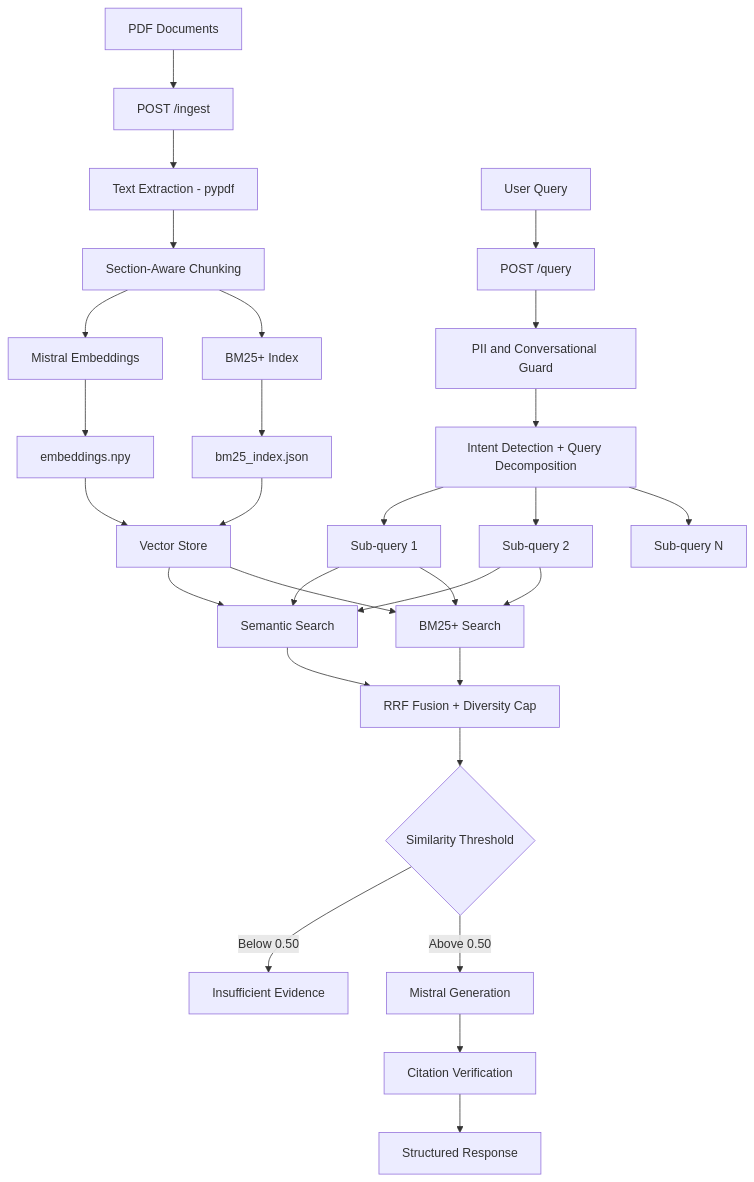
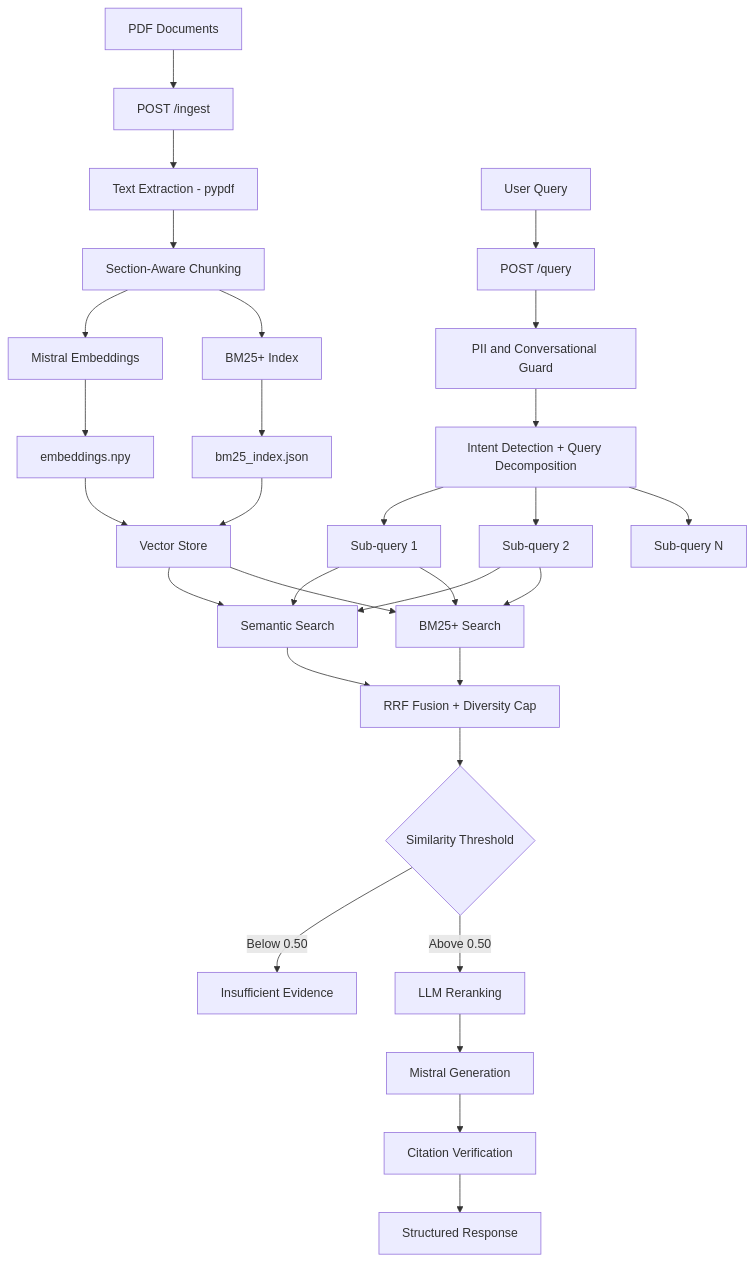
Before and after one commit to rohit-iipeml/insurance-rag: the first of 2 diagrams in README.md, drawn with Mermaid. The commit also changed other lines of this file, not shown here.

Commit message:
docs: fix component list, add streaming endpoint, reranking, scalability, multi-tenancy, latency sections

````diff
--- a/README.md
+++ b/README.md
@@ -9,31 +9,32 @@
 ```mermaid
 graph TD
     A[PDF Documents] --> B[POST /ingest]
     B --> C[Text Extraction - pypdf]
     C --> D[Section-Aware Chunking]
     D --> E[Mistral Embeddings]
     D --> F[BM25+ Index]
     E --> G[embeddings.npy]
     F --> H[bm25_index.json]
     G --> I[Vector Store]
     H --> I
     J[User Query] --> K[POST /query]
     K --> L[PII and Conversational Guard]
     L --> M[Intent Detection + Query Decomposition]
     M --> N[Sub-query 1]
     M --> O[Sub-query 2]
     M --> P[Sub-query N]
     N --> Q[Semantic Search]
     N --> R[BM25+ Search]
     O --> Q
     O --> R
     Q --> S[RRF Fusion + Diversity Cap]
     R --> S
     S --> T{Similarity Threshold}
     T -->|Below 0.50| U[Insufficient Evidence]
-    T -->|Above 0.50| V[Mistral Generation]
+    T -->|Above 0.50| V2[LLM Reranking]
+    V2 --> V[Mistral Generation]
     V --> W[Citation Verification]
     W --> X[Structured Response]
     I --> Q
     I --> R
 ```
````
